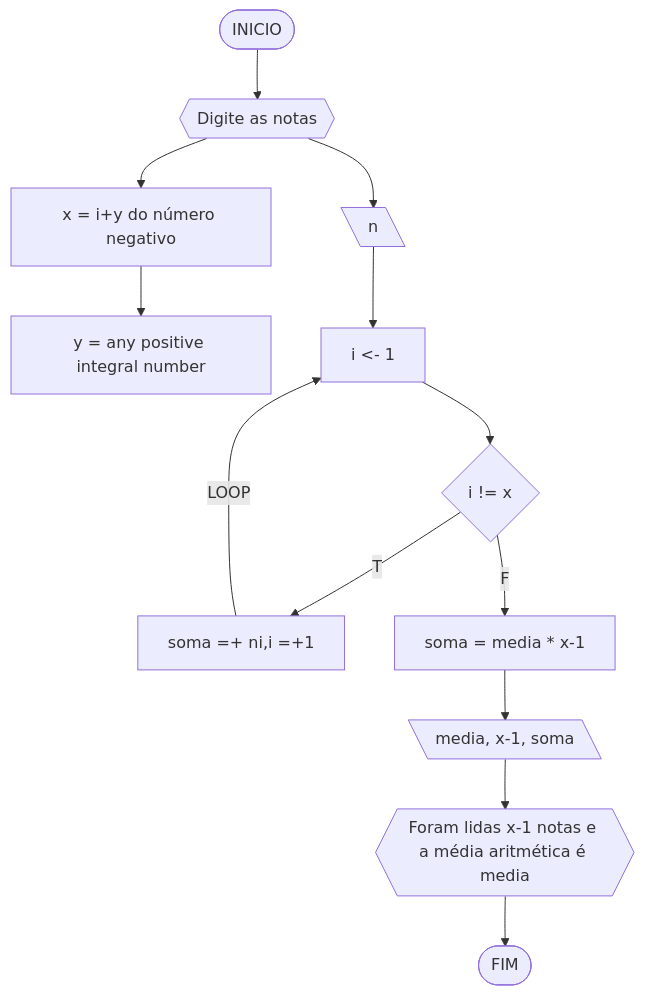
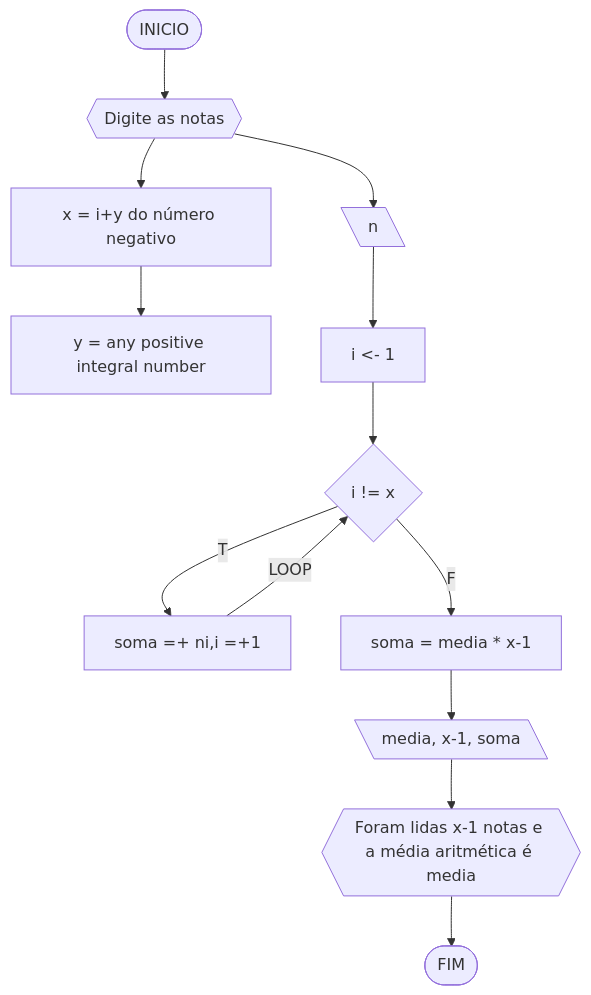
One commit to MozillaFirefox/UNIFOR changed diagram 15 of 22 in codigos.md. Above: the diagram before and after it, drawn with Mermaid. The commit also changed other lines of this file, not shown here.

````diff
--- a/codigos.md
+++ b/codigos.md
@@ -713,16 +713,16 @@
 ```mermaid
 flowchart TD
 A([INICIO]) --> B{{Digite as notas}}
 B-->C[\n\]
 B-->X[ x = i+y do número negativo]
 X-->Z[ y = any positive integral number]
 C-->D[i <- 1]
 D-->E{i != x}
 E--T-->H[soma =+ ni,i =+1]
 E--F-->G[ soma = media * x-1]
-H--LOOP-->D
+H--LOOP-->E
 G-->M[\media, x-1, soma\]
 M-->N{{Foram lidas x-1 notas e a média aritmética é media}}
 N-->O([FIM])
 
 ```
````
